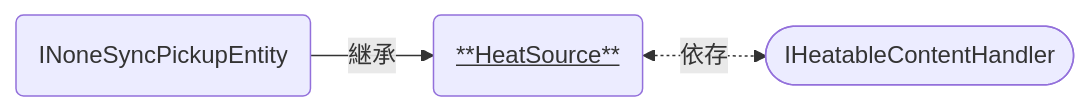
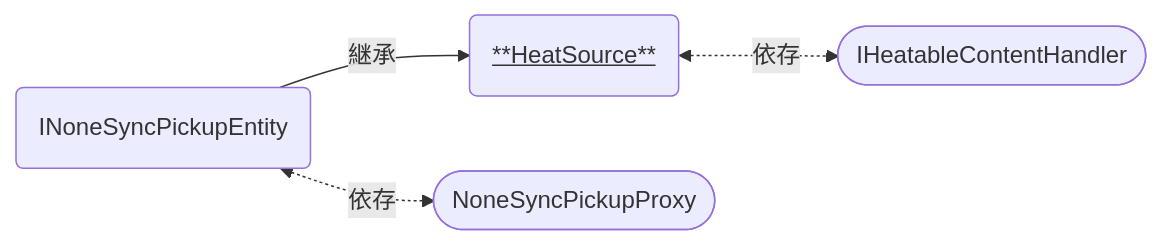
Before and after one commit to DenkiHitsujiKobo/CoffeeRoasterSet-Docs: the diagram in docs/udon/HeatSource.md, drawn with Mermaid. The commit also changed other lines of this file and 4 other files, not shown here.

````diff
--- a/docs/udon/HeatSource.md
+++ b/docs/udon/HeatSource.md
@@ -12,12 +12,14 @@
 ```mermaid
 flowchart LR
     accTitle: class relationship
     accDescr: HeatSource inherits INoneSyncPickupEntity.
 
     heat("<u>**HeatSource**</u>")
     entity("INoneSyncPickupEntity")
+    proxy(["NoneSyncPickupProxy"])
     heatable(["IHeatableContentHandler"])
 
     entity -->|継承| heat
+    entity <-.->|依存| proxy
     heat <-.->|依存| heatable
 ```
````
